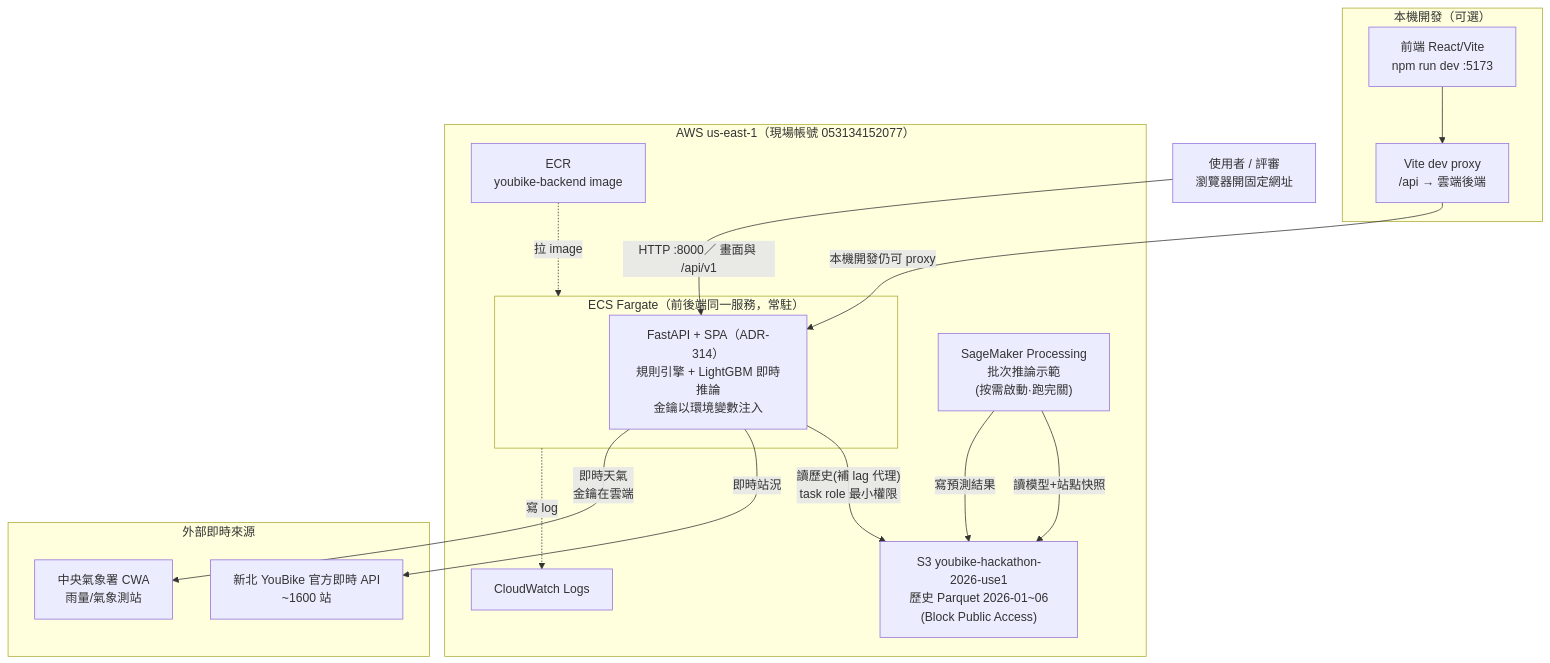
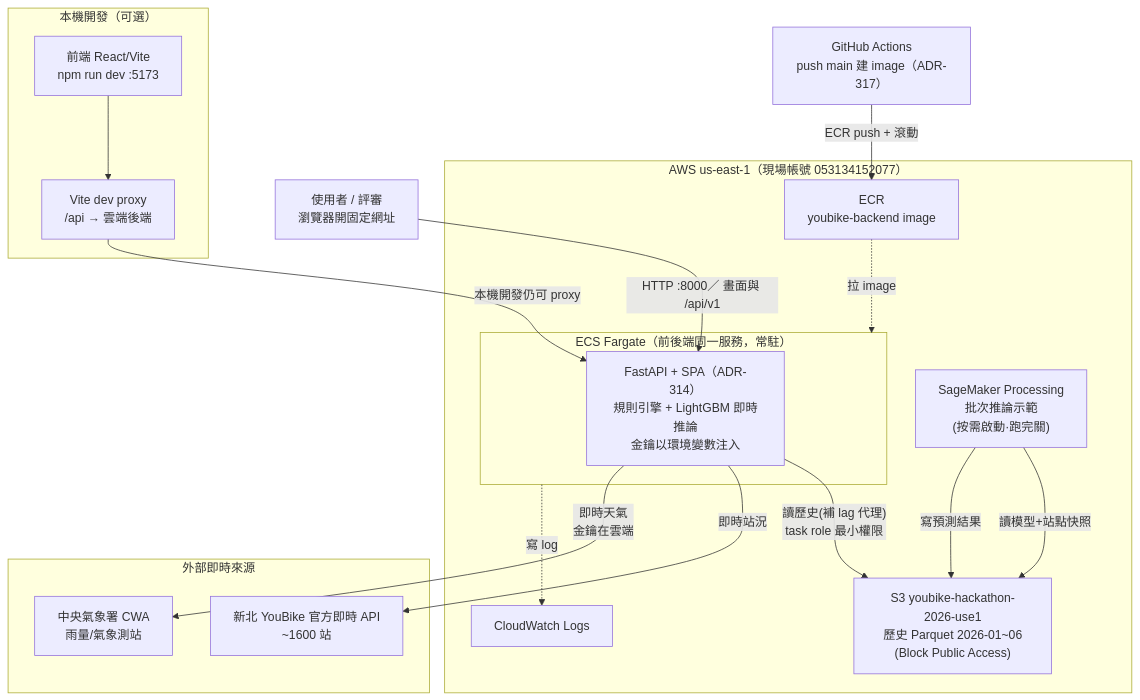
The diagram in docs/architecture-cloud.md (japanese51707/youbike_hackthon_2026), drawn with Mermaid before and after one commit. The commit also changed other lines of this file and 5 other files, not shown here.

First line of the commit message:
feat(deploy): auto-deploy the SPA backend image from main

````diff
--- a/docs/architecture-cloud.md
+++ b/docs/architecture-cloud.md
@@ -8,35 +8,38 @@
 ```mermaid
 flowchart TB
     User["使用者 / 評審<br/>瀏覽器開固定網址"]
 
     subgraph Local["本機開發（可選）"]
         FE["前端 React/Vite<br/>npm run dev :5173"]
         Proxy["Vite dev proxy<br/>/api → 雲端後端"]
         FE --> Proxy
     end
 
     subgraph AWS["AWS us-east-1（現場帳號 053134152077）"]
         subgraph ECS["ECS Fargate（前後端同一服務，常駐）"]
             BE["FastAPI + SPA（ADR-314）<br/>規則引擎 + LightGBM 即時推論<br/>金鑰以環境變數注入"]
         end
         S3["S3 youbike-hackathon-2026-use1<br/>歷史 Parquet 2026-01~06<br/>(Block Public Access)"]
         SM["SageMaker Processing<br/>批次推論示範<br/>(按需啟動·跑完關)"]
         ECR["ECR<br/>youbike-backend image"]
         CW["CloudWatch Logs"]
     end
 
     subgraph Ext["外部即時來源"]
         YB["新北 YouBike 官方即時 API<br/>~1600 站"]
         CWA["中央氣象署 CWA<br/>雨量/氣象測站"]
     end
 
+    GHA["GitHub Actions<br/>push main 建 image（ADR-317）"]
+
     User -->|"HTTP :8000／ 畫面與 /api/v1"| BE
     Proxy -->|"本機開發仍可 proxy"| BE
     BE -->|"讀歷史(補 lag 代理)<br/>task role 最小權限"| S3
     BE -->|即時站況| YB
     BE -->|即時天氣<br/>金鑰在雲端| CWA
+    GHA -->|ECR push + 滾動| ECR
     ECR -.->|拉 image| ECS
     ECS -.->|寫 log| CW
     SM -->|讀模型+站點快照| S3
     SM -->|寫預測結果| S3
 ```
````
